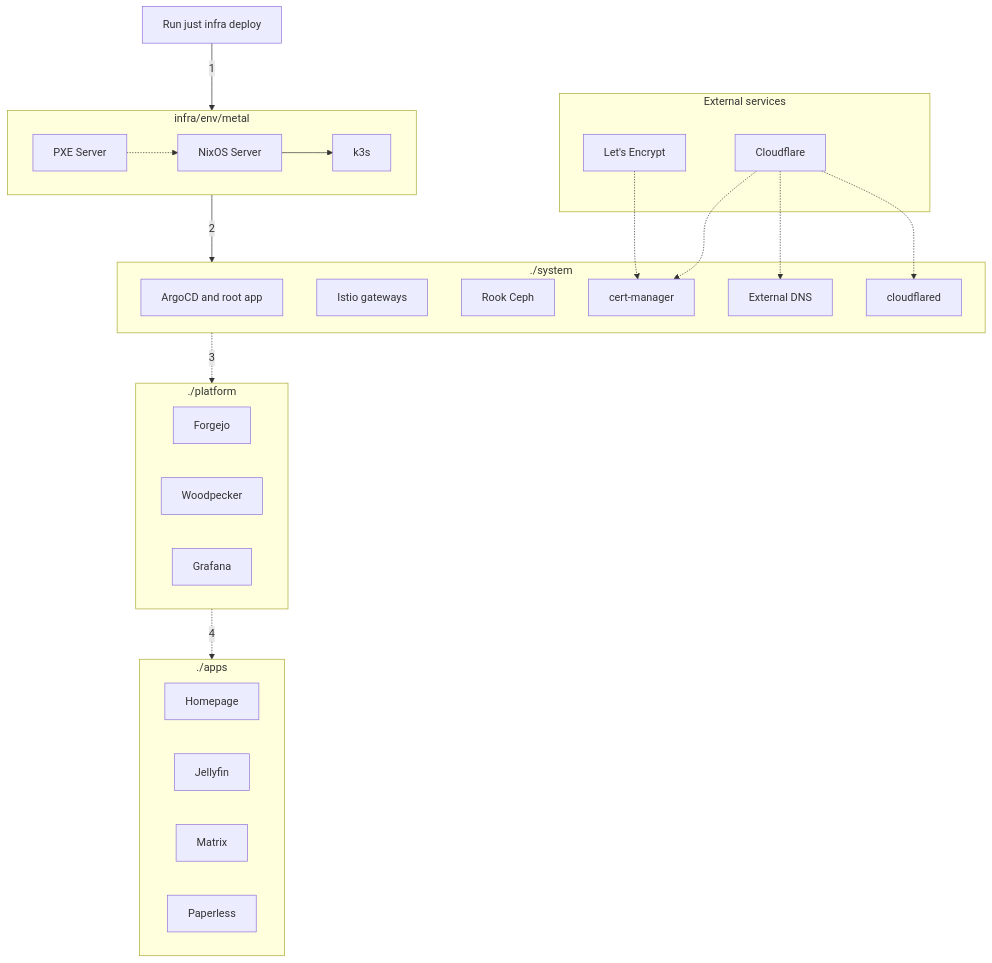
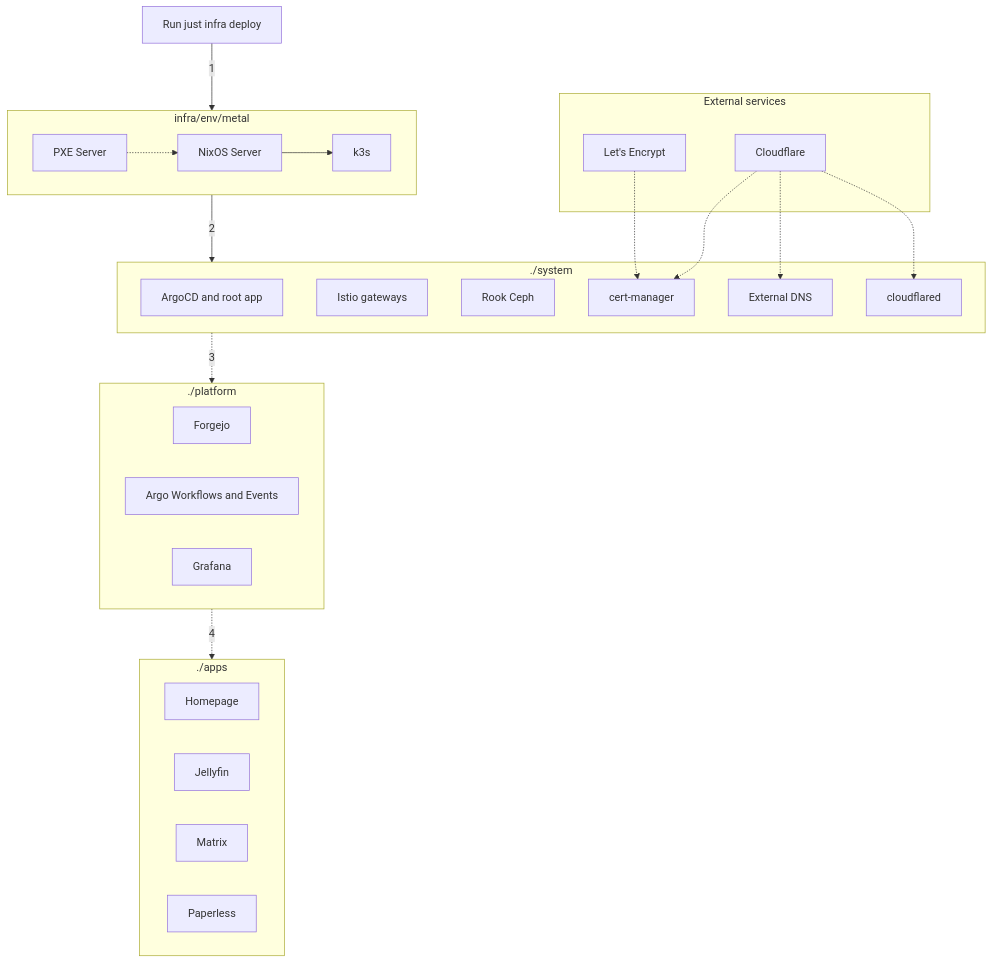
The diagram in docs/reference/architecture/overview.md (duongle-steven/homelab), drawn with Mermaid before and after one commit. The commit also changed 29 other files, not shown here.

First line of the commit message:
docs(ci): the in-cluster CI's guide replaces Woodpecker's; roadmap, production list and order

````diff
--- a/docs/reference/architecture/overview.md
+++ b/docs/reference/architecture/overview.md
@@ -48,40 +48,40 @@
 ```mermaid
 flowchart TD
   subgraph metal[infra/env/metal]
     pxe[PXE Server] -.-> linux[NixOS Server] --> k3s
   end
 
   subgraph system[./system]
     argocd[ArgoCD and root app]
     istio[Istio gateways]
     rook-ceph[Rook Ceph]
     cert-manager
     external-dns[External DNS]
     cloudflared
   end
 
   subgraph external[External services]
     letsencrypt[Let's Encrypt]
     cloudflare[Cloudflare]
   end
 
   letsencrypt -.-> cert-manager
   cloudflare -.-> cert-manager
   cloudflare -.-> external-dns
   cloudflare -.-> cloudflared
 
   subgraph platform[./platform]
     Forgejo
-    Woodpecker
+    argo-workflows[Argo Workflows and Events]
     Grafana
   end
 
   subgraph apps[./apps]
     homepage[Homepage]
     jellyfin[Jellyfin]
     matrix[Matrix]
     paperless[Paperless]
   end
 
   just[Run just infra deploy] -- 1 --> metal -- 2 --> system -. 3 .-> platform -. 4 .-> apps
 ```
````
